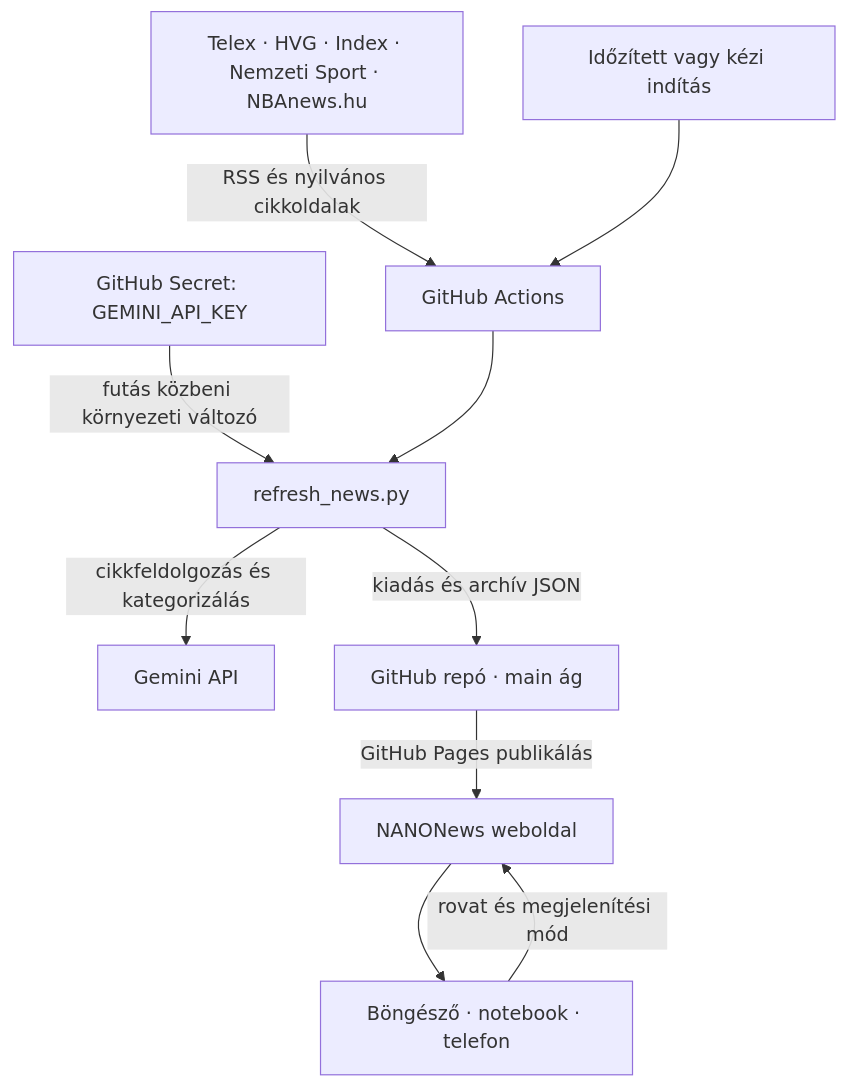
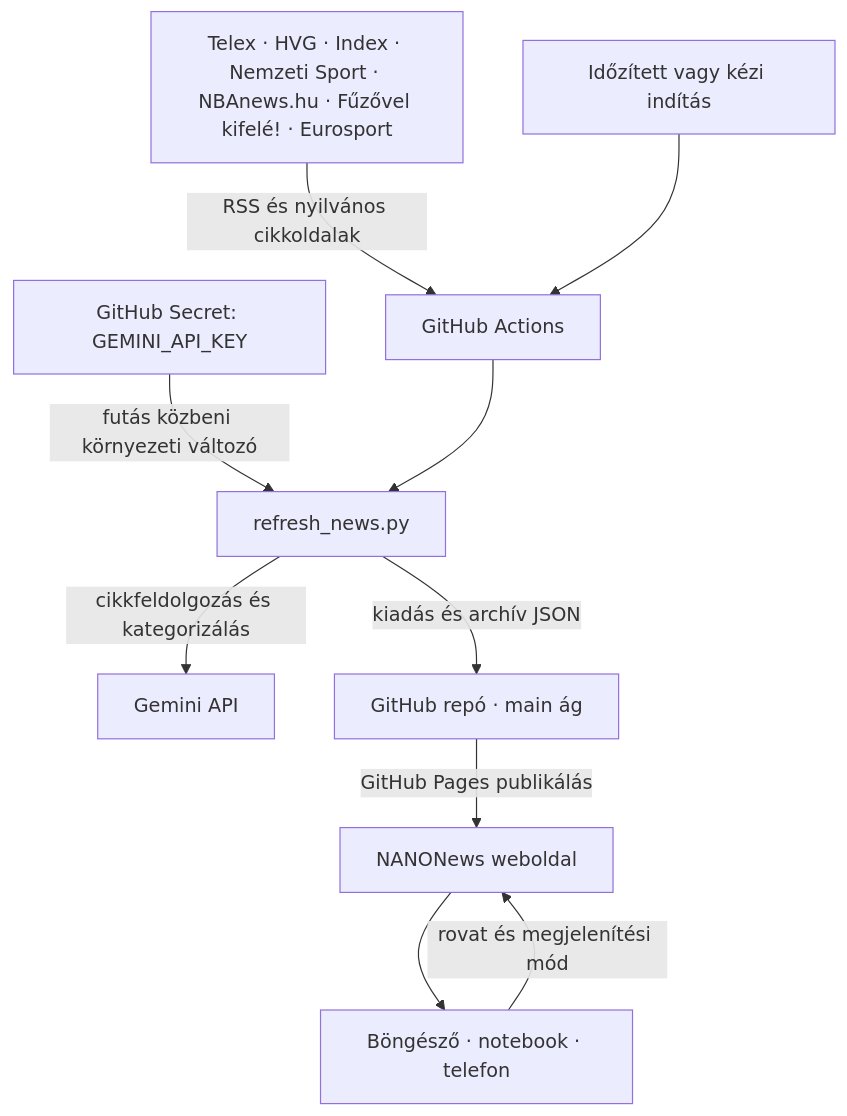
The first of 5 diagrams in Dokumentumok/NANONews-mukodesi-leiras.md (ngynrbrt-prog/nanonews), drawn with Mermaid before and after one commit. The commit also changed other lines of this file, not shown here.

Commit message:
Document new news sources and topic layout

````diff
--- a/Dokumentumok/NANONews-mukodesi-leiras.md
+++ b/Dokumentumok/NANONews-mukodesi-leiras.md
@@ -27,12 +27,12 @@
 ```mermaid
 flowchart TD
-  sources["Telex · HVG · Index · Nemzeti Sport · NBAnews.hu"] -->|RSS és nyilvános cikkoldalak| actions["GitHub Actions"]
+  sources["Telex · HVG · Index · Nemzeti Sport · NBAnews.hu · Fűzővel kifelé! · Eurosport"] -->|RSS és nyilvános cikkoldalak| actions["GitHub Actions"]
   schedule["Időzített vagy kézi indítás"] --> actions
   secret["GitHub Secret: GEMINI_API_KEY"] -->|futás közbeni környezeti változó| worker["refresh_news.py"]
   actions --> worker
   worker -->|cikkfeldolgozás és kategorizálás| gemini["Gemini API"]
   worker -->|kiadás és archív JSON| repo["GitHub repó · main ág"]
   repo -->|GitHub Pages publikálás| site["NANONews weboldal"]
   site --> devices["Böngésző · notebook · telefon"]
   devices -->|rovat és megjelenítési mód| site
 ```
````
